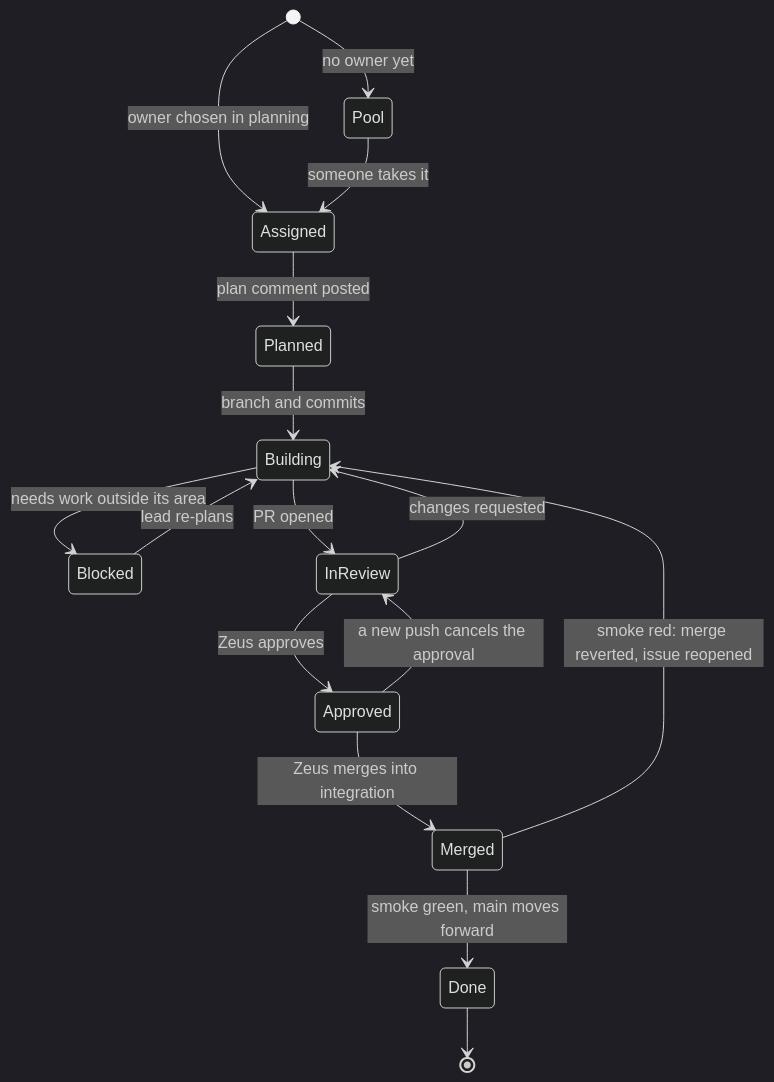
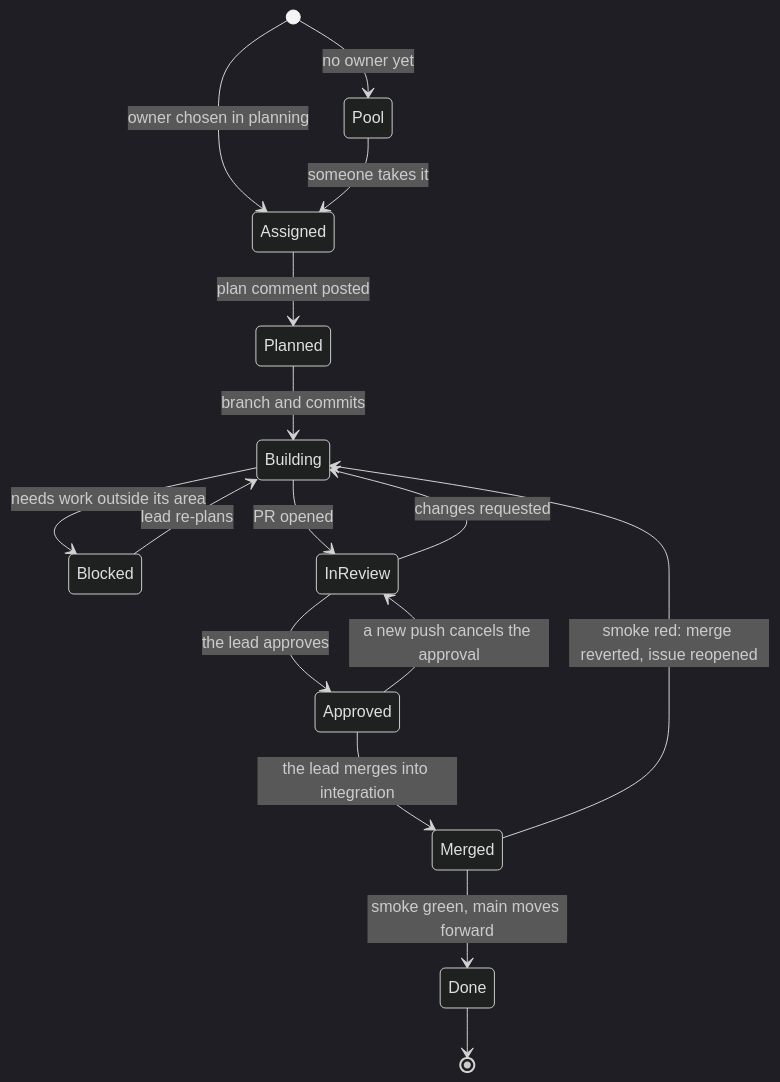
Before and after one commit to atiladeokegab/hackathon_teamwork: the fourth of 5 diagrams in README.md, drawn with Mermaid (dark theme). The commit also changed other lines of this file and 3 other files, not shown here.

````diff
--- a/README.md
+++ b/README.md
@@ -111,18 +107,18 @@
 ```mermaid
 stateDiagram-v2
     [*] --> Pool: no owner yet
     [*] --> Assigned: owner chosen in planning
     Pool --> Assigned: someone takes it
     Assigned --> Planned: plan comment posted
     Planned --> Building: branch and commits
     Building --> Blocked: needs work outside its area
     Blocked --> Building: lead re-plans
     Building --> InReview: PR opened
     InReview --> Building: changes requested
-    InReview --> Approved: Zeus approves
+    InReview --> Approved: the lead approves
     Approved --> InReview: a new push cancels the approval
-    Approved --> Merged: Zeus merges into integration
+    Approved --> Merged: the lead merges into integration
     Merged --> Done: smoke green, main moves forward
     Merged --> Building: smoke red: merge reverted, issue reopened
     Done --> [*]
 ```
````
